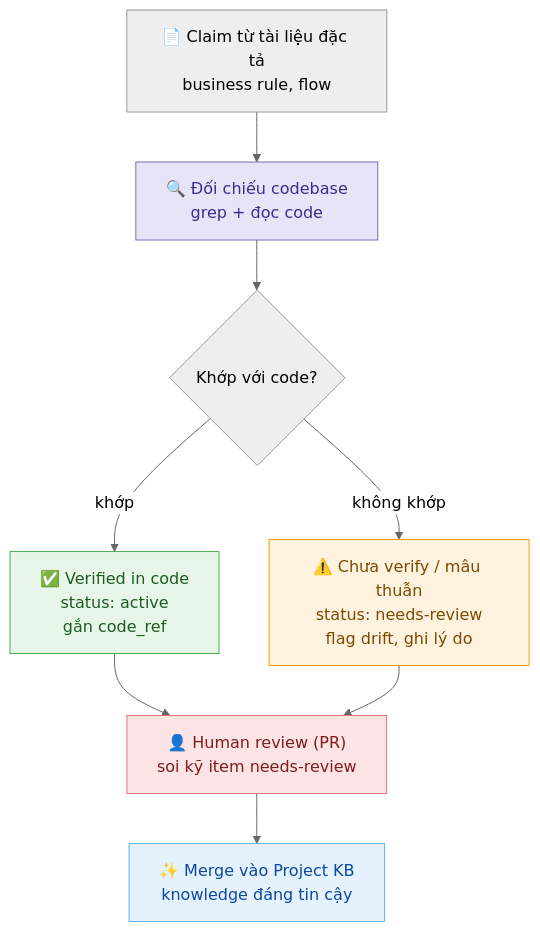
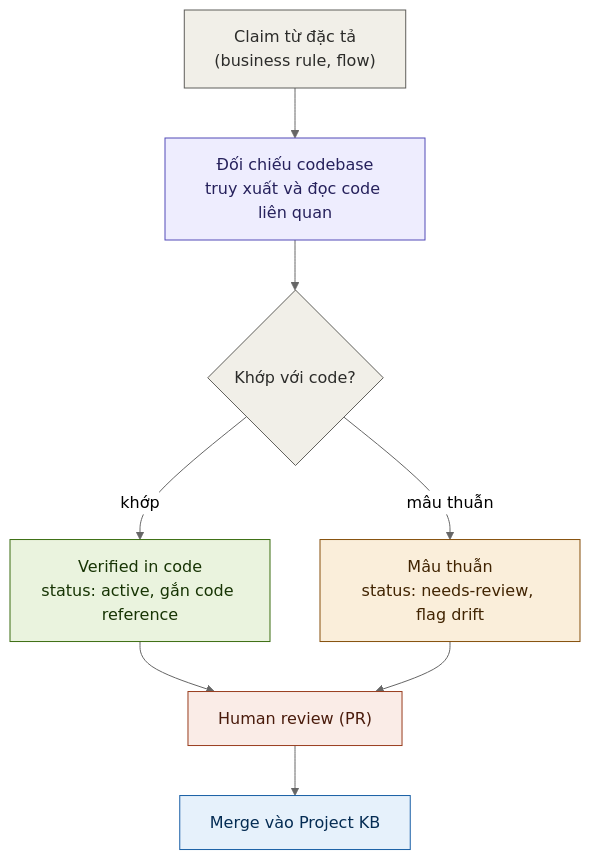
The second of 2 diagrams in README.md (mainhatnam219/zlp-clawathon-agent), drawn with Mermaid (neutral theme) before and after one commit. The commit also changed other lines of this file, not shown here.

````diff
--- a/README.md
+++ b/README.md
@@ -90,24 +123,24 @@
 ```mermaid
 flowchart TD
-    A["📄 Claim từ tài liệu đặc tả\nbusiness rule, flow"] --> B
+    A["Claim từ đặc tả<br/>(business rule, flow)"] --> B["Đối chiếu codebase<br/>truy xuất và đọc code liên quan"]
+    B --> C{"Khớp với code?"}
+    C -->|khớp| D["Verified in code<br/>status: active, gắn code reference"]
+    C -->|mâu thuẫn| E["Mâu thuẫn<br/>status: needs-review, flag drift"]
+    D --> F["Human review (PR)"]
+    E --> F
+    F --> G["Merge vào Project KB"]
 
-    B["🔍 Đối chiếu codebase\ngrep + đọc code"]:::highlight --> C
-
-    C{"Khớp với code?"}
-
-    C -->|khớp| D["✅ Verified in code\nstatus: active\ngắn code_ref"]:::verified
-    C -->|không khớp| E["⚠️ Chưa verify / mâu thuẫn\nstatus: needs-review\nflag drift, ghi lý do"]:::needs_review
-
-    D --> F
-    E --> F
-
-    F["👤 Human review (PR)\nsoi kỹ item needs-review"]:::review --> G
-
-    G["✨ Merge vào Project KB\nknowledge đáng tin cậy"]:::merged
-
-    classDef highlight fill:#e8e4f8,stroke:#7c6bb5,color:#3d2b8e
-    classDef verified fill:#e8f5e9,stroke:#4caf50,color:#1b5e20
-    classDef needs_review fill:#fff3e0,stroke:#ff9800,color:#7c4a00
-    classDef review fill:#fce4e4,stroke:#e57373,color:#7f1c1c
-    classDef merged fill:#e3f2fd,stroke:#64b5f6,color:#0d47a1
+    classDef gray fill:#F1EFE8,stroke:#5F5E5A,color:#2C2C2A
+    classDef purple fill:#EEEDFE,stroke:#534AB7,color:#26215C
+    classDef green fill:#EAF3DE,stroke:#3B6D11,color:#173404
+    classDef amber fill:#FAEEDA,stroke:#854F0B,color:#412402
+    classDef coral fill:#FAECE7,stroke:#993C1D,color:#4A1B0C
+    classDef blue fill:#E6F1FB,stroke:#185FA5,color:#042C53
+    class A gray
+    class B purple
+    class C gray
+    class D green
+    class E amber
+    class F coral
+    class G blue
 ```
````
